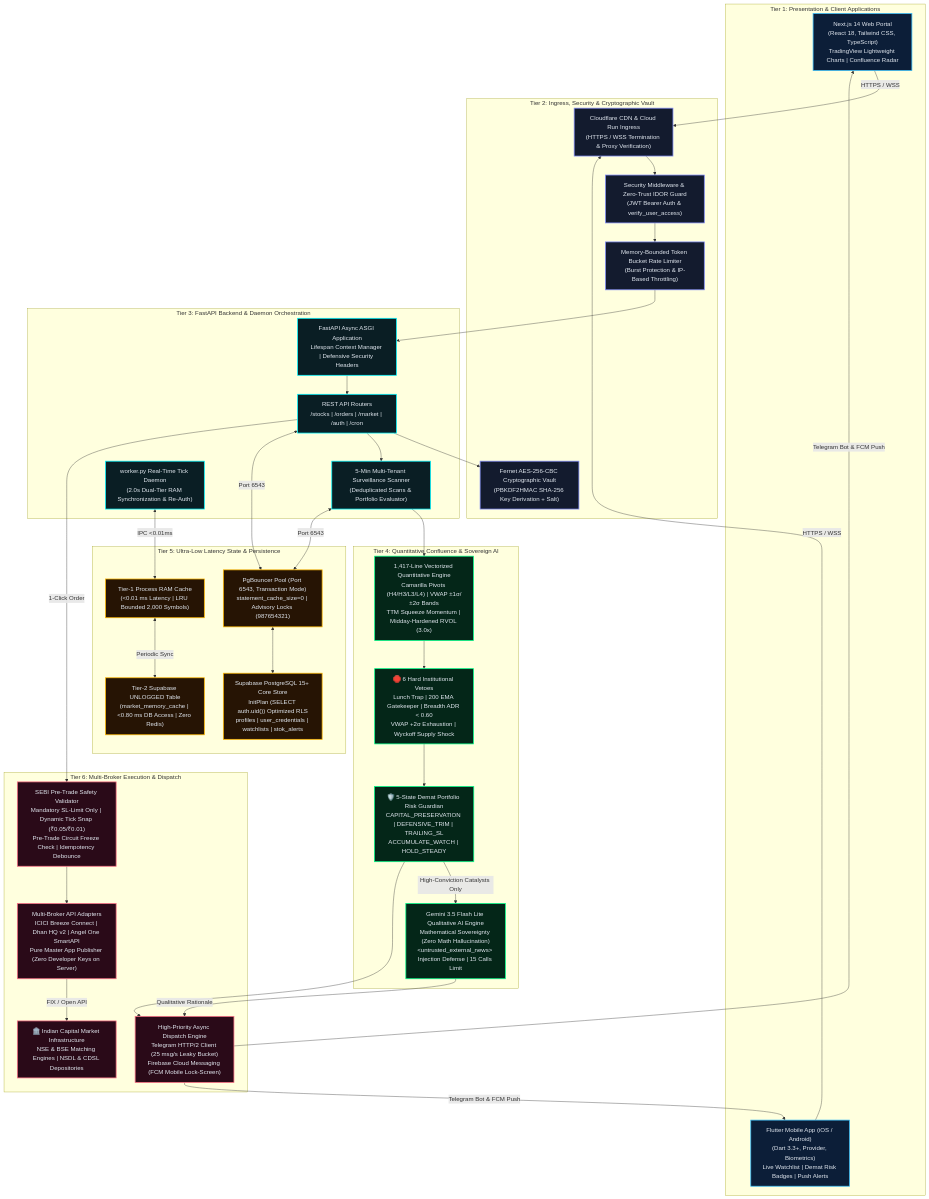
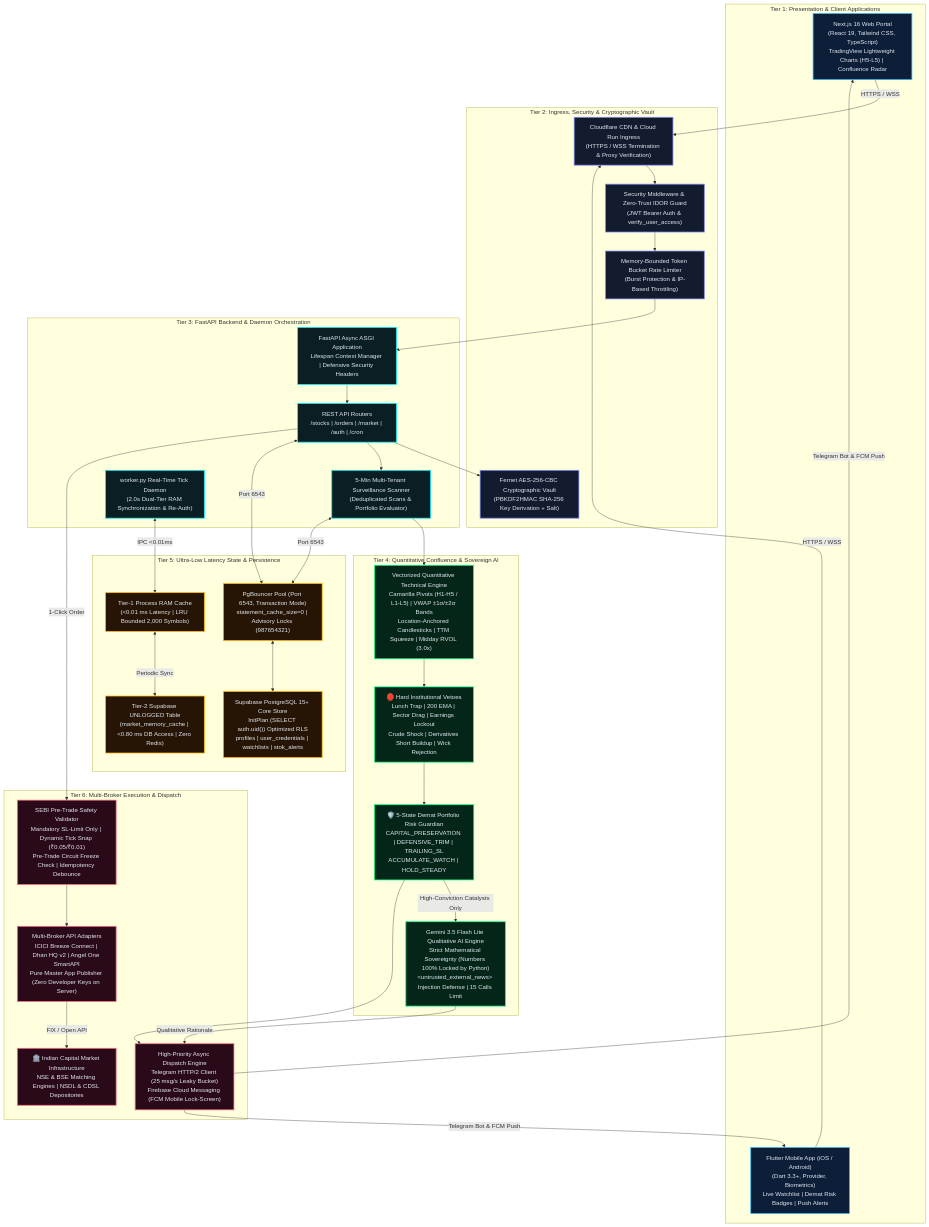
The first of 2 diagrams in README.md (cvnbtech/stokvigil-ai), drawn with Mermaid before and after one commit. The commit also changed other lines of this file and 50 other files, not shown here.

Commit message:
feat(core): institutional prop-desk upgrades, sold holdings auto-deletion, enriched telegram/fcm alerts, native chart pipeline

````diff
--- a/README.md
+++ b/README.md
@@ -96,81 +113,81 @@
 ```mermaid
 flowchart TD
     %% Global Styling
     classDef client fill:#0C1E38,stroke:#38BDF8,stroke-width:2px,color:#E2E8F0;
     classDef gateway fill:#131B2E,stroke:#818CF8,stroke-width:2px,color:#E2E8F0;
     classDef app fill:#0A1E24,stroke:#00F5FF,stroke-width:2px,color:#E2E8F0;
     classDef quant fill:#042618,stroke:#00FF88,stroke-width:2px,color:#E2E8F0;
     classDef state fill:#261404,stroke:#FFB800,stroke-width:2px,color:#E2E8F0;
     classDef exec fill:#2A0A18,stroke:#FB7185,stroke-width:2px,color:#E2E8F0;
 
     subgraph TIER1 ["Tier 1: Presentation & Client Applications"]
-        WEB["Next.js 14 Web Portal<br/>(React 18, Tailwind CSS, TypeScript)<br/>TradingView Lightweight Charts | Confluence Radar"]:::client
+        WEB["Next.js 16 Web Portal<br/>(React 19, Tailwind CSS, TypeScript)<br/>TradingView Lightweight Charts (H5-L5) | Confluence Radar"]:::client
         MOBILE["Flutter Mobile App (iOS / Android)<br/>(Dart 3.3+, Provider, Biometrics)<br/>Live Watchlist | Demat Risk Badges | Push Alerts"]:::client
     end
 
     subgraph TIER2 ["Tier 2: Ingress, Security & Cryptographic Vault"]
         INGRESS["Cloudflare CDN & Cloud Run Ingress<br/>(HTTPS / WSS Termination & Proxy Verification)"]:::gateway
         AUTH_GUARD["Security Middleware & Zero-Trust IDOR Guard<br/>(JWT Bearer Auth & verify_user_access)"]:::gateway
         RATE_LIMIT["Memory-Bounded Token Bucket Rate Limiter<br/>(Burst Protection & IP-Based Throttling)"]:::gateway
         VAULT["Fernet AES-256-CBC Cryptographic Vault<br/>(PBKDF2HMAC SHA-256 Key Derivation + Salt)"]:::gateway
     end
 
     subgraph TIER3 ["Tier 3: FastAPI Backend & Daemon Orchestration"]
         FASTAPI["FastAPI Async ASGI Application<br/>Lifespan Context Manager | Defensive Security Headers"]:::app
         ROUTERS["REST API Routers<br/>/stocks | /orders | /market | /auth | /cron"]:::app
         SCANNER["5-Min Multi-Tenant Surveillance Scanner<br/>(Deduplicated Scans & Portfolio Evaluator)"]:::app
         TICK_WORKER["worker.py Real-Time Tick Daemon<br/>(2.0s Dual-Tier RAM Synchronization & Re-Auth)"]:::app
     end
 
     subgraph TIER4 ["Tier 4: Quantitative Confluence & Sovereign AI"]
-        MATH_CORE["1,417-Line Vectorized Quantitative Engine<br/>Camarilla Pivots (H4/H3/L3/L4) | VWAP ±1σ/±2σ Bands<br/>TTM Squeeze Momentum | Midday-Hardened RVOL (3.0x)"]:::quant
-        VETO_GATE["🛑 6 Hard Institutional Vetoes<br/>Lunch Trap | 200 EMA Gatekeeper | Breadth ADR &lt; 0.60<br/>VWAP +2σ Exhaustion | Wyckoff Supply Shock"]:::quant
+        MATH_CORE["Vectorized Quantitative Technical Engine<br/>Camarilla Pivots (H1-H5 / L1-L5) | VWAP ±1σ/±2σ Bands<br/>Location-Anchored Candlesticks | TTM Squeeze | Midday RVOL (3.0x)"]:::quant
+        VETO_GATE["🛑 Hard Institutional Vetoes<br/>Lunch Trap | 200 EMA | Sector Drag | Earnings Lockout<br/>Crude Shock | Derivatives Short Buildup | Wick Rejection"]:::quant
         DEMAT_GUARDIAN["🛡️ 5-State Demat Portfolio Risk Guardian<br/>CAPITAL_PRESERVATION | DEFENSIVE_TRIM | TRAILING_SL<br/>ACCUMULATE_WATCH | HOLD_STEADY"]:::quant
-        GEMINI_AI["Gemini 3.5 Flash Lite Qualitative AI Engine<br/>Mathematical Sovereignty (Zero Math Hallucination)<br/>&lt;untrusted_external_news&gt; Injection Defense | 15 Calls Limit"]:::quant
+        GEMINI_AI["Gemini 3.5 Flash Lite Qualitative AI Engine<br/>Strict Mathematical Sovereignty (Numbers 100% Locked by Python)<br/>&lt;untrusted_external_news&gt; Injection Defense | 15 Calls Limit"]:::quant
     end
 
     subgraph TIER5 ["Tier 5: Ultra-Low Latency State & Persistence"]
         RAM_CACHE["Tier-1 Process RAM Cache<br/>(&lt;0.01 ms Latency | LRU Bounded 2,000 Symbols)"]:::state
         UNLOGGED_DB["Tier-2 Supabase UNLOGGED Table<br/>(market_memory_cache | &lt;0.80 ms DB Access | Zero Redis)"]:::state
         PGBOUNCER["PgBouncer Pool (Port 6543, Transaction Mode)<br/>statement_cache_size=0 | Advisory Locks (987654321)"]:::state
         SUPABASE_PG["Supabase PostgreSQL 15+ Core Store<br/>InitPlan (SELECT auth.uid()) Optimized RLS<br/>profiles | user_credentials | watchlists | stok_alerts"]:::state
     end
 
     subgraph TIER6 ["Tier 6: Multi-Broker Execution & Dispatch"]
         SEBI_ENGINE["SEBI Pre-Trade Safety Validator<br/>Mandatory SL-Limit Only | Dynamic Tick Snap (₹0.05/₹0.01)<br/>Pre-Trade Circuit Freeze Check | Idempotency Debounce"]:::exec
         BROKER_APIS["Multi-Broker API Adapters<br/>ICICI Breeze Connect | Dhan HQ v2 | Angel One SmartAPI<br/>Pure Master App Publisher (Zero Developer Keys on Server)"]:::exec
         DISPATCH_ENGINE["High-Priority Async Dispatch Engine<br/>Telegram HTTP/2 Client (25 msg/s Leaky Bucket)<br/>Firebase Cloud Messaging (FCM Mobile Lock-Screen)"]:::exec
         EXCHANGES["🏛️ Indian Capital Market Infrastructure<br/>NSE & BSE Matching Engines | NSDL & CDSL Depositories"]:::exec
     end
 
     %% Client to Ingress
     WEB & MOBILE -->|"HTTPS / WSS"| INGRESS
     INGRESS --> AUTH_GUARD
     AUTH_GUARD --> RATE_LIMIT
     RATE_LIMIT --> FASTAPI
 
     %% App Server Wiring
     FASTAPI --> ROUTERS
     ROUTERS --> VAULT
     ROUTERS --> SCANNER
     SCANNER --> MATH_CORE
     TICK_WORKER <-->|"IPC &lt;0.01ms"| RAM_CACHE
     RAM_CACHE <-->|"Periodic Sync"| UNLOGGED_DB
 
     %% Quantitative & AI Confluence Wiring
     MATH_CORE --> VETO_GATE
     VETO_GATE --> DEMAT_GUARDIAN
     DEMAT_GUARDIAN -- "High-Conviction Catalysts Only" --> GEMINI_AI
     DEMAT_GUARDIAN --> DISPATCH_ENGINE
     GEMINI_AI -- "Qualitative Rationale" --> DISPATCH_ENGINE
 
     %% State & Persistence Wiring
     ROUTERS & SCANNER <-->|"Port 6543"| PGBOUNCER
     PGBOUNCER <--> SUPABASE_PG
 
     %% Execution Wiring
     ROUTERS -->|"1-Click Order"| SEBI_ENGINE
     SEBI_ENGINE --> BROKER_APIS
     BROKER_APIS -->|"FIX / Open API"| EXCHANGES
     DISPATCH_ENGINE -->|"Telegram Bot & FCM Push"| WEB & MOBILE
 ```
````
